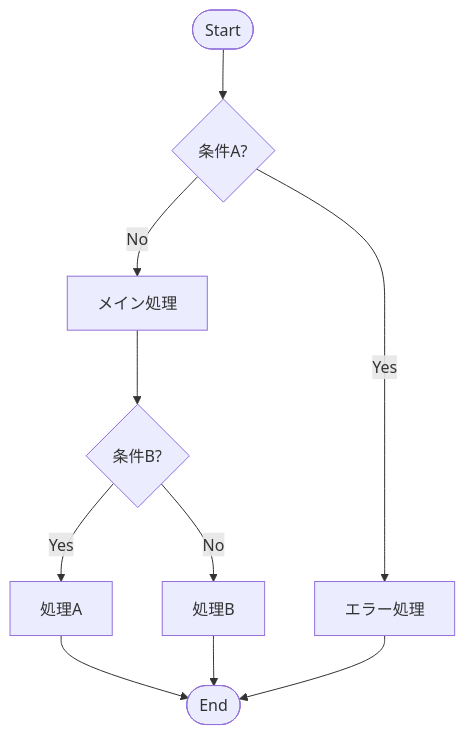
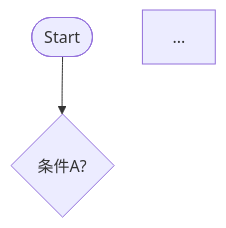
Before and after one commit to laihuip001/hegemonikon: the diagram in .agent/skills/t-series/t4-phronesis/SKILL.md, drawn with Mermaid. The commit also changed other lines of this file and 96 other files, not shown here.

````diff
--- a/.agent/skills/t-series/t4-phronesis/SKILL.md
+++ b/.agent/skills/t-series/t4-phronesis/SKILL.md
@@ -340,12 +294,5 @@
 ```mermaid
 graph TD
     A([Start]) --> B{条件A?}
-    B -- Yes --> C[エラー処理]
-    B -- No --> D[メイン処理]
-    D --> E{条件B?}
-    E -- Yes --> F[処理A]
-    E -- No --> G[処理B]
-    F --> H([End])
-    G --> H
-    C --> H
+    ...
 ```
````
